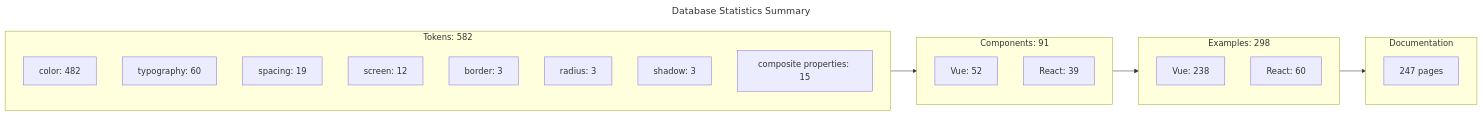
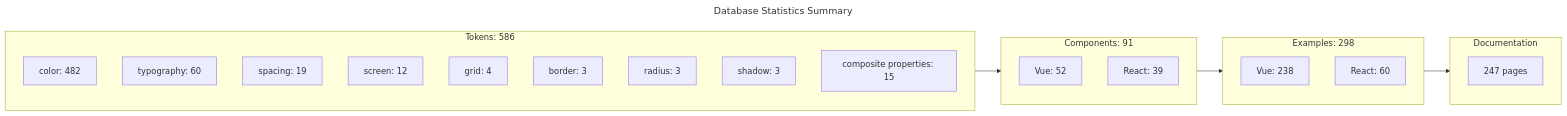
Before and after one commit to MerzoukeMansouri/adeo-mozaic-mcp: the diagram in docs/assets/stats-summary.mmd, drawn with Mermaid. The commit also changed 15 other files, not shown here.

```diff
--- a/docs/assets/stats-summary.mmd
+++ b/docs/assets/stats-summary.mmd
@@ -1,33 +1,34 @@
 ---
 title: Database Statistics Summary
 ---
 flowchart LR
-    subgraph Tokens["Tokens: 582"]
+    subgraph Tokens["Tokens: 586"]
         direction TB
         T_color["color: 482"]
         T_typography["typography: 60"]
         T_spacing["spacing: 19"]
         T_screen["screen: 12"]
+        T_grid["grid: 4"]
         T_border["border: 3"]
         T_radius["radius: 3"]
         T_shadow["shadow: 3"]
         T_Props["composite properties: 15"]
     end
 
     subgraph Components["Components: 91"]
         direction TB
         Vue["Vue: 52"]
         React["React: 39"]
     end
 
     subgraph Examples["Examples: 298"]
         direction TB
         VueEx["Vue: 238"]
         ReactEx["React: 60"]
     end
 
     subgraph Docs["Documentation"]
         DocPages["247 pages"]
     end
 
     Tokens --> Components --> Examples --> Docs
```
